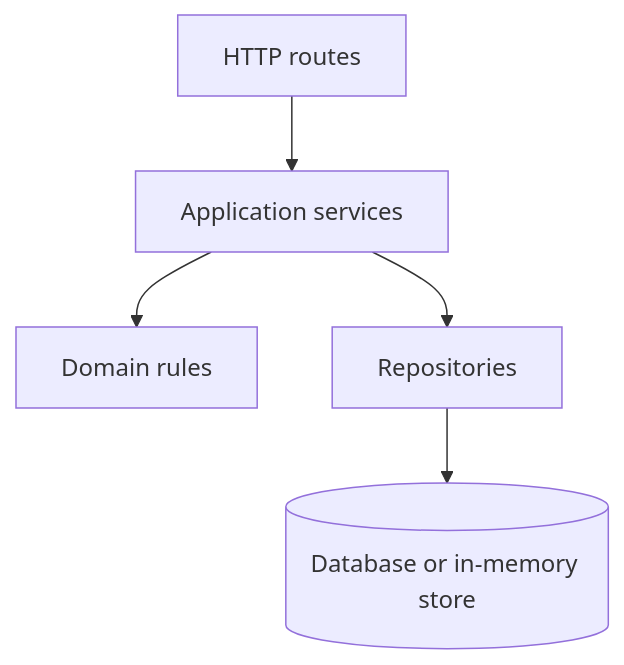
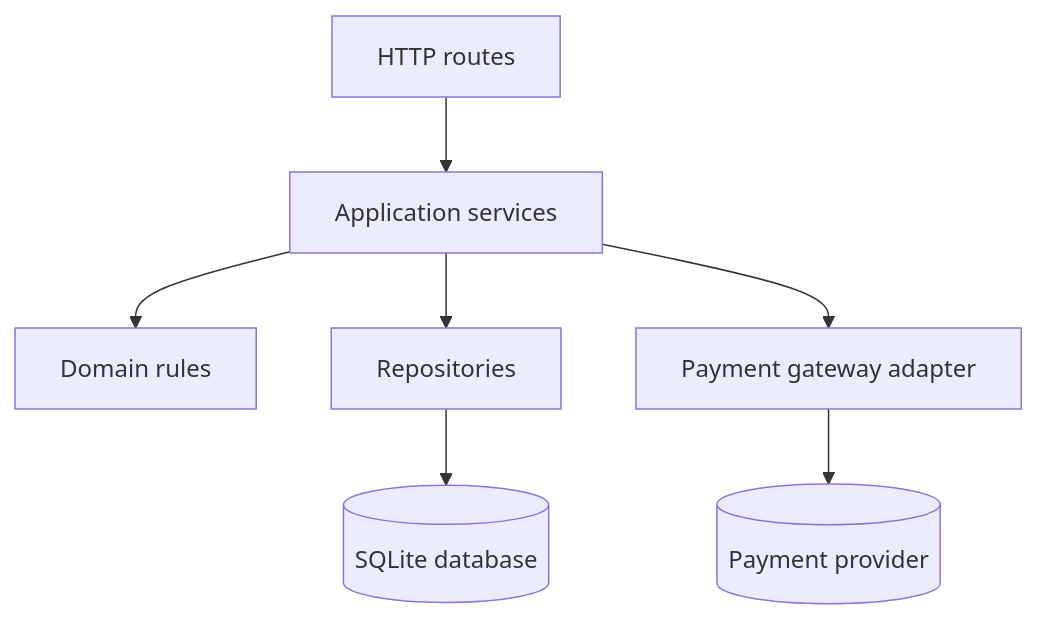
Before and after one commit to MKO-Abiodun/my-capstone-project: the first of 3 diagrams in docs/architecture.md, drawn with Mermaid. The commit also changed other lines of this file and 23 other files, not shown here.

````diff
--- a/docs/architecture.md
+++ b/docs/architecture.md
@@ -5,7 +5,9 @@
 ```mermaid
 flowchart TD
   Routes[HTTP routes] --> Services[Application services]
   Services --> Rules[Domain rules]
   Services --> Repositories[Repositories]
-  Repositories --> Data[(Database or in-memory store)]
+  Services --> Gateways[Payment gateway adapter]
+  Gateways --> Provider[(Payment provider)]
+  Repositories --> Data[(SQLite database)]
 ```
````
